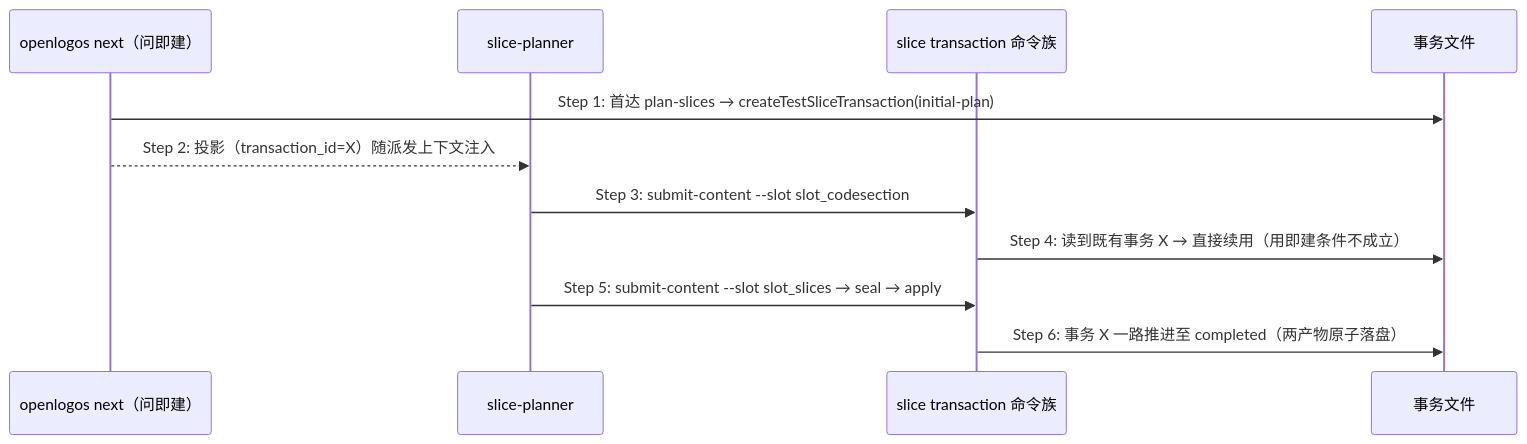
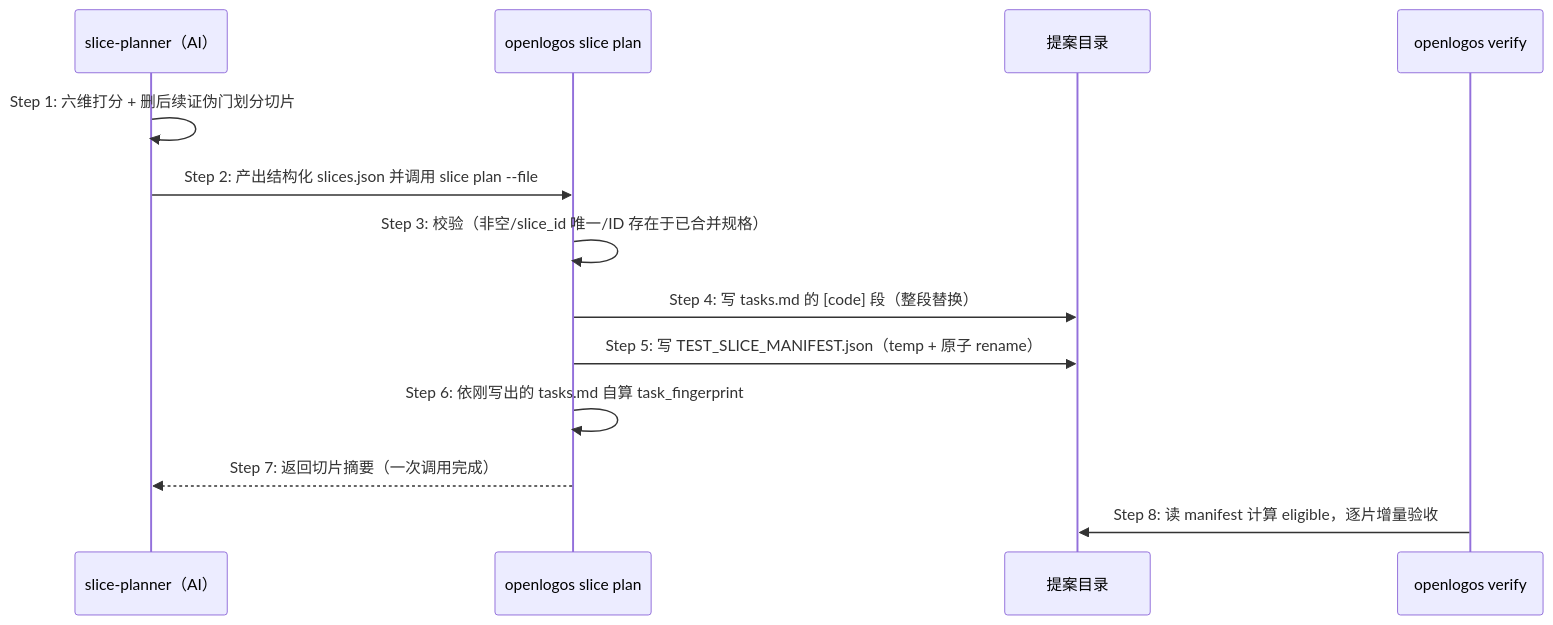
The fifth of 5 diagrams in logos/resources/prd/3-technical-plan/2-scenario-implementation/core-S32-slice-planning.md (miniidealab/openlogos), drawn with Mermaid before and after one commit. The commit also changed other lines of this file and 12 other files, not shown here.

First line of the commit message:
docs(lite-cut1a-remove-slice-transaction): merge spec deltas

````diff
--- a/logos/resources/prd/3-technical-plan/2-scenario-implementation/core-S32-slice-planning.md
+++ b/logos/resources/prd/3-technical-plan/2-scenario-implementation/core-S32-slice-planning.md
@@ -486,13 +313,15 @@
 ```mermaid
 sequenceDiagram
-    participant N as openlogos next（问即建）
-    participant P as slice-planner
-    participant C as slice transaction 命令族
-    participant T as 事务文件
-    N->>T: Step 1: 首达 plan-slices → createTestSliceTransaction(initial-plan)
-    N-->>P: Step 2: 投影（transaction_id=X）随派发上下文注入
-    P->>C: Step 3: submit-content --slot slot_codesection
-    C->>T: Step 4: 读到既有事务 X → 直接续用（用即建条件不成立）
-    P->>C: Step 5: submit-content --slot slot_slices → seal → apply
-    C->>T: Step 6: 事务 X 一路推进至 completed（两产物原子落盘）
+    participant P as slice-planner（AI）
+    participant C as openlogos slice plan
+    participant F as 提案目录
+    participant V as openlogos verify
+    P->>P: Step 1: 六维打分 + 删后续证伪门划分切片
+    P->>C: Step 2: 产出结构化 slices.json 并调用 slice plan --file
+    C->>C: Step 3: 校验（非空/slice_id 唯一/ID 存在于已合并规格）
+    C->>F: Step 4: 写 tasks.md 的 [code] 段（整段替换）
+    C->>F: Step 5: 写 TEST_SLICE_MANIFEST.json（temp + 原子 rename）
+    C->>C: Step 6: 依刚写出的 tasks.md 自算 task_fingerprint
+    C-->>P: Step 7: 返回切片摘要（一次调用完成）
+    V->>F: Step 8: 读 manifest 计算 eligible，逐片增量验收
 ```
````
